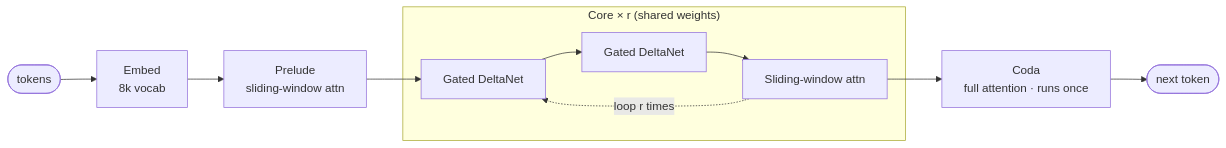
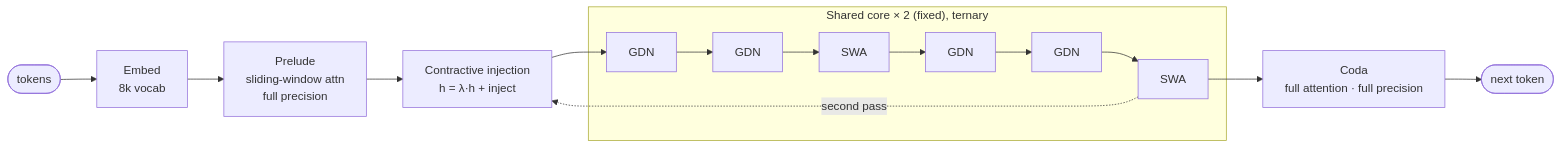
One commit to monstercameron/Gogeta-0 changed the diagram in README.md. Above: the diagram before and after it, drawn with Mermaid. The commit also changed other lines of this file and 33 other files, not shown here.

````diff
--- a/README.md
+++ b/README.md
@@ -65,12 +71,13 @@
 ```mermaid
 flowchart LR
     T([tokens]) --> E[Embed<br/>8k vocab]
-    E --> P[Prelude<br/>sliding-window attn]
-    P --> G1
-    subgraph CORE ["Core × r (shared weights)"]
-        G1[Gated DeltaNet] --> G2[Gated DeltaNet] --> S[Sliding-window attn]
+    E --> P[Prelude<br/>sliding-window attn<br/>full precision]
+    P --> I[Contractive injection<br/>h = λ·h + inject]
+    subgraph CORE ["Shared core × 2 (fixed), ternary"]
+        G1[GDN] --> G2[GDN] --> S1[SWA] --> G3[GDN] --> G4[GDN] --> S2[SWA]
     end
-    S -. loop r times .-> G1
-    S --> D[Coda<br/>full attention · runs once]
+    I --> G1
+    S2 -. second pass .-> I
+    S2 --> D[Coda<br/>full attention · full precision]
     D --> N([next token])
 ```
````
